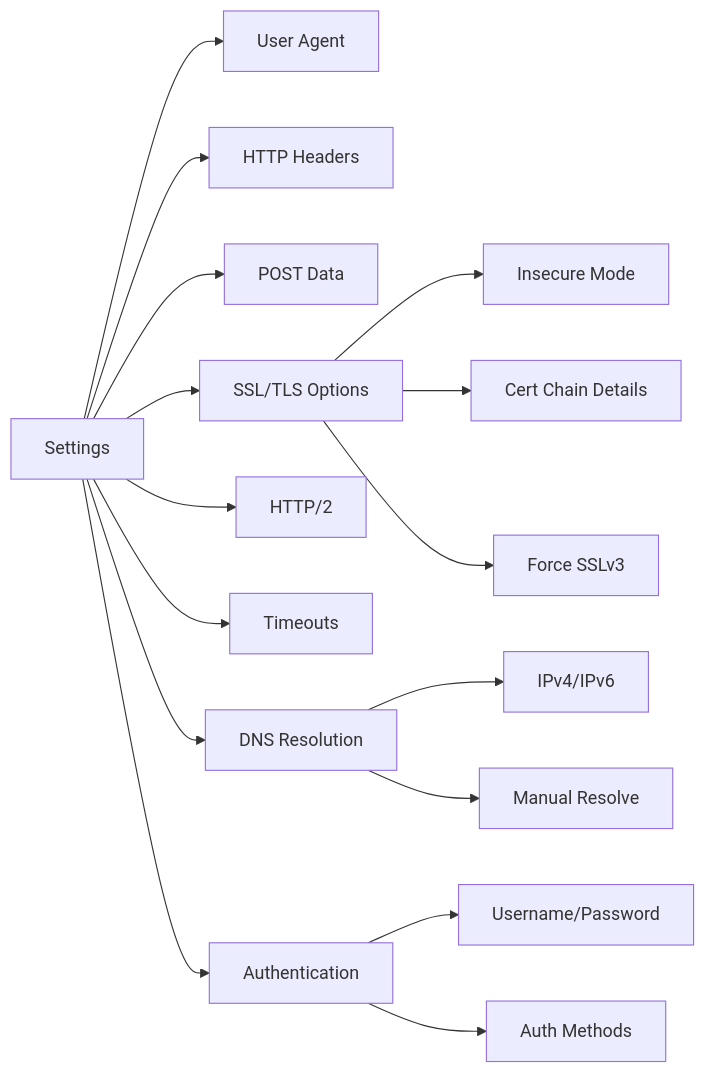
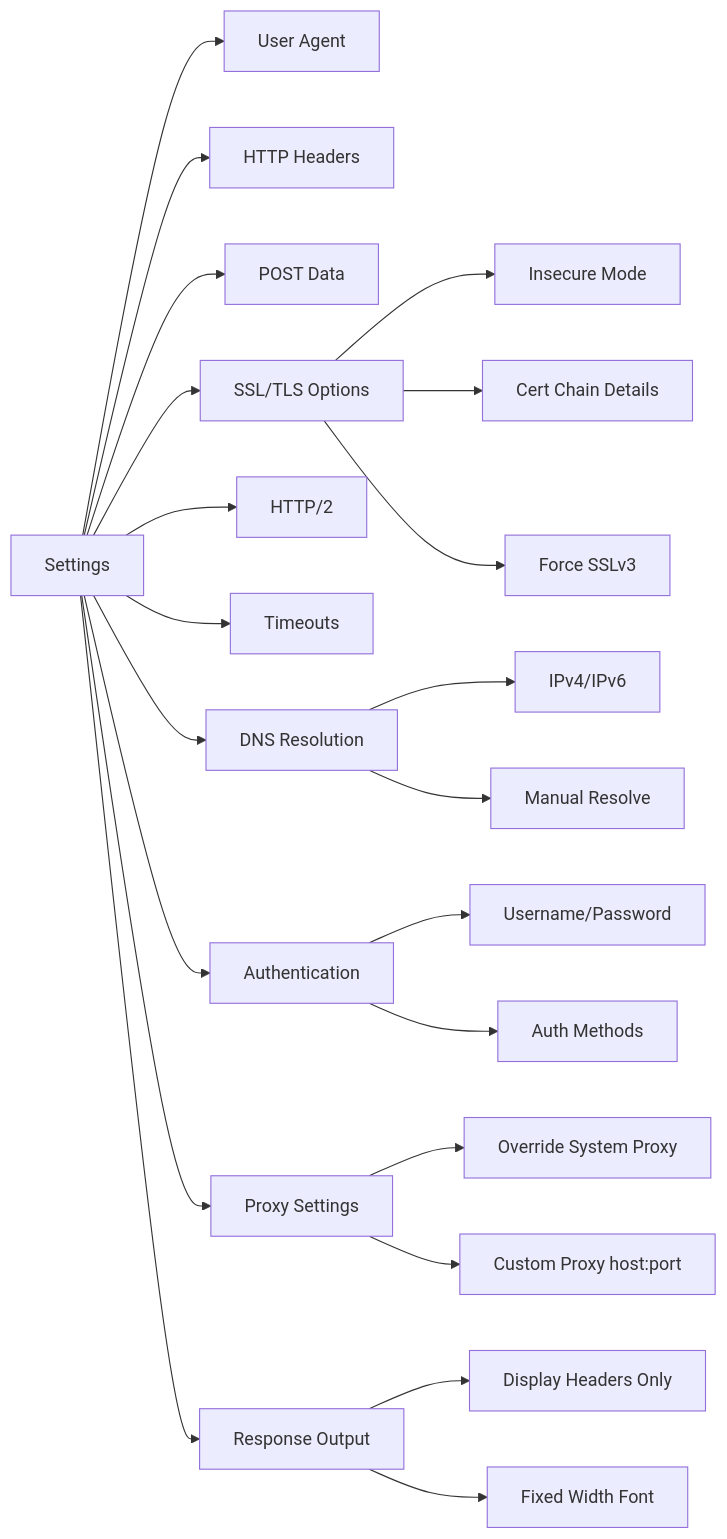
One commit to jasonacox/iCurlHTTP changed the third of 9 diagrams in DESIGN.md. Above: the diagram before and after it, drawn with Mermaid. The commit also changed other lines of this file, not shown here.

````diff
--- a/DESIGN.md
+++ b/DESIGN.md
@@ -199,21 +203,29 @@
 ```mermaid
 graph LR
     A[Settings] --> B[User Agent]
     A --> C[HTTP Headers]
     A --> D[POST Data]
     A --> E[SSL/TLS Options]
     A --> F[HTTP/2]
     A --> G[Timeouts]
     A --> H[DNS Resolution]
     A --> I[Authentication]
+    A --> J[Proxy Settings]
+    A --> K[Response Output]
     
     E --> E1[Insecure Mode]
     E --> E2[Cert Chain Details]
     E --> E3[Force SSLv3]
     
     H --> H1[IPv4/IPv6]
     H --> H2[Manual Resolve]
     
     I --> I1[Username/Password]
     I --> I2[Auth Methods]
+    
+    J --> J1[Override System Proxy]
+    J --> J2[Custom Proxy host:port]
+    
+    K --> K1[Display Headers Only]
+    K --> K2[Fixed Width Font]
 ```
````
